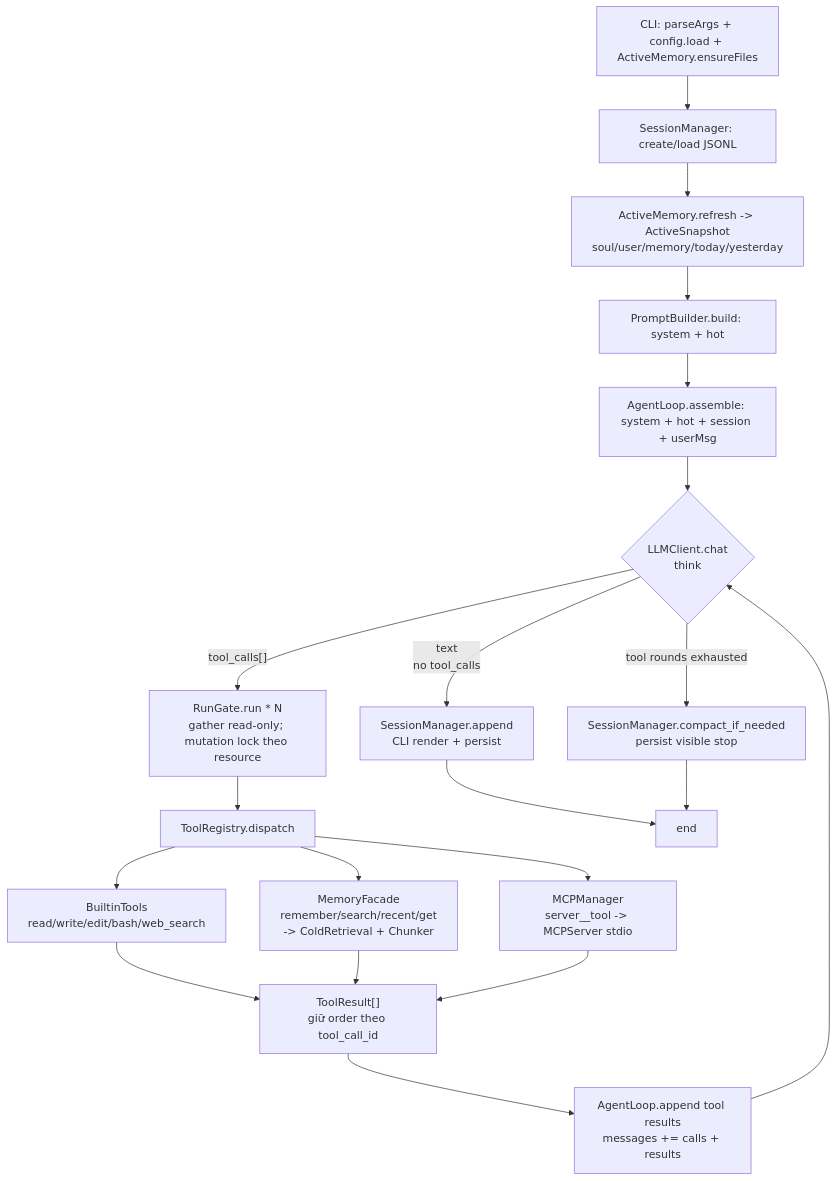
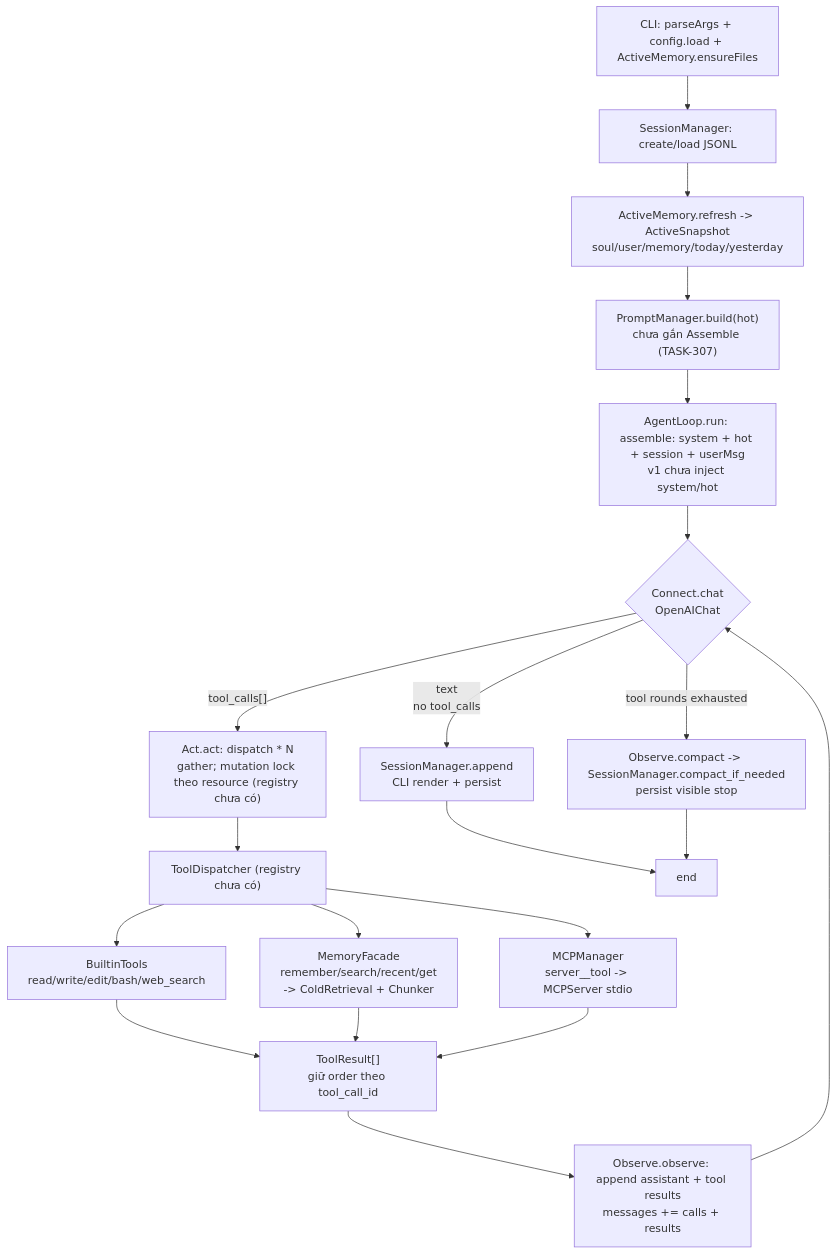
The diagram in .agents/plans/thyca-agent-architecture.md (Flowerf19/thyca-ai), drawn with Mermaid before and after one commit. The commit also changed other lines of this file and 23 other files, not shown here.

First line of the commit message:
feat(agent): wire CLI, PromptManager, and chat UI

````diff
--- a/.agents/plans/thyca-agent-architecture.md
+++ b/.agents/plans/thyca-agent-architecture.md
@@ -55,20 +62,20 @@
 ```mermaid
 flowchart TD
     A["CLI: parseArgs + config.load + ActiveMemory.ensureFiles"] --> B["SessionManager: create/load JSONL"]
     B --> C["ActiveMemory.refresh -> ActiveSnapshot<br/>soul/user/memory/today/yesterday"]
-    C --> D["PromptBuilder.build: system + hot"]
-    D --> E["AgentLoop.assemble: system + hot + session + userMsg"]
-    E --> F{"LLMClient.chat<br/>think"}
+    C --> D["PromptManager.build(hot)<br/>chưa gắn Assemble (TASK-307)"]
+    D --> E["AgentLoop.run: assemble: system + hot + session + userMsg<br/>v1 chưa inject system/hot"]
+    E --> F{"Connect.chat<br/>OpenAIChat"}
     F -- "text<br/>no tool_calls" --> G["SessionManager.append<br/>CLI render + persist"]
-    F -- "tool_calls[]" --> H["RunGate.run * N<br/>gather read-only; mutation lock theo resource"]
-    H --> I["ToolRegistry.dispatch"]
+    F -- "tool_calls[]" --> H["Act.act: dispatch * N<br/>gather; mutation lock theo resource (registry chưa có)"]
+    H --> I["ToolDispatcher (registry chưa có)"]
     I --> J1["BuiltinTools<br/>read/write/edit/bash/web_search"]
     I --> J2["MemoryFacade<br/>remember/search/recent/get<br/>-> ColdRetrieval + Chunker"]
     I --> J3["MCPManager<br/>server__tool -> MCPServer stdio"]
     J1 & J2 & J3 --> K["ToolResult[]<br/>giữ order theo tool_call_id"]
-    K --> L["AgentLoop.append tool results<br/>messages += calls + results"]
+    K --> L["Observe.observe: append assistant + tool results<br/>messages += calls + results"]
     L --> F
-    F -- "tool rounds exhausted" --> M["SessionManager.compact_if_needed<br/>persist visible stop"]
+    F -- "tool rounds exhausted" --> M["Observe.compact -> SessionManager.compact_if_needed<br/>persist visible stop"]
     G --> N["end"]
     M --> N
 ```
````
